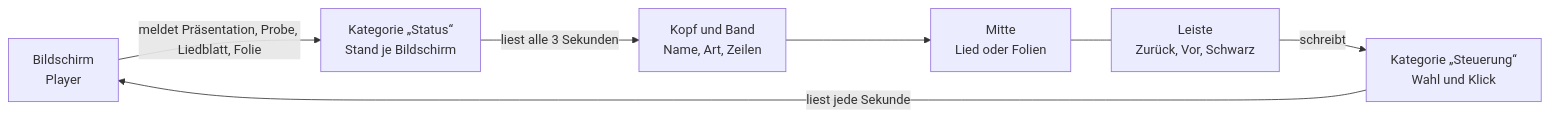
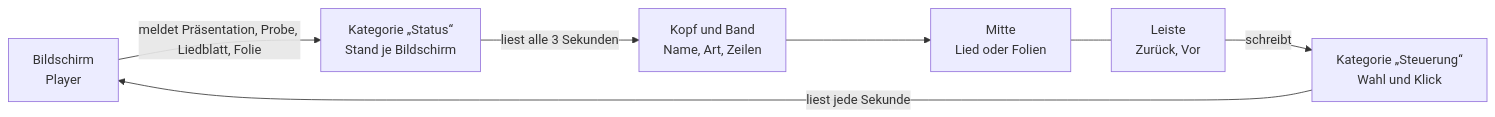
The third of 4 diagrams in docs/Funktionen.md (wirsindcgks/churchtools-infoscreen), drawn with Mermaid before and after one commit. The commit also changed other lines of this file and 9 other files, not shown here.

Commit message:
Handyseite Entwurf D, Stück C: Leiste mit „Zurück“ und „Vor · Als Nächstes“, ohne Schwarz am Handy (Punkt 137) (#440)

````diff
--- a/docs/Funktionen.md
+++ b/docs/Funktionen.md
@@ -285,15 +285,15 @@
 ```mermaid
 flowchart LR
     B["Bildschirm<br>Player"]
     T["Kategorie „Status“<br>Stand je Bildschirm"]
     K["Kopf und Band<br>Name, Art, Zeilen"]
     M["Mitte<br>Lied oder Folien"]
-    L["Leiste<br>Zurück, Vor, Schwarz"]
+    L["Leiste<br>Zurück, Vor"]
     S["Kategorie „Steuerung“<br>Wahl und Klick"]
     B -->|"meldet Präsentation, Probe, Liedblatt, Folie"| T
     T -->|"liest alle 3 Sekunden"| K
     K --> M
     M --- L
     L -->|"schreibt"| S
     S -->|"liest jede Sekunde"| B
 ```
````
